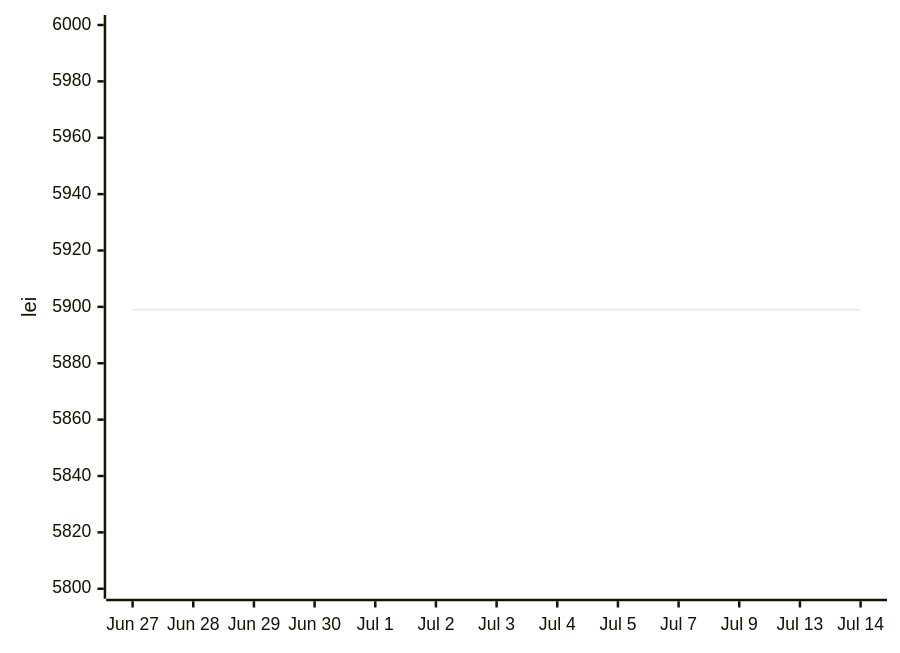
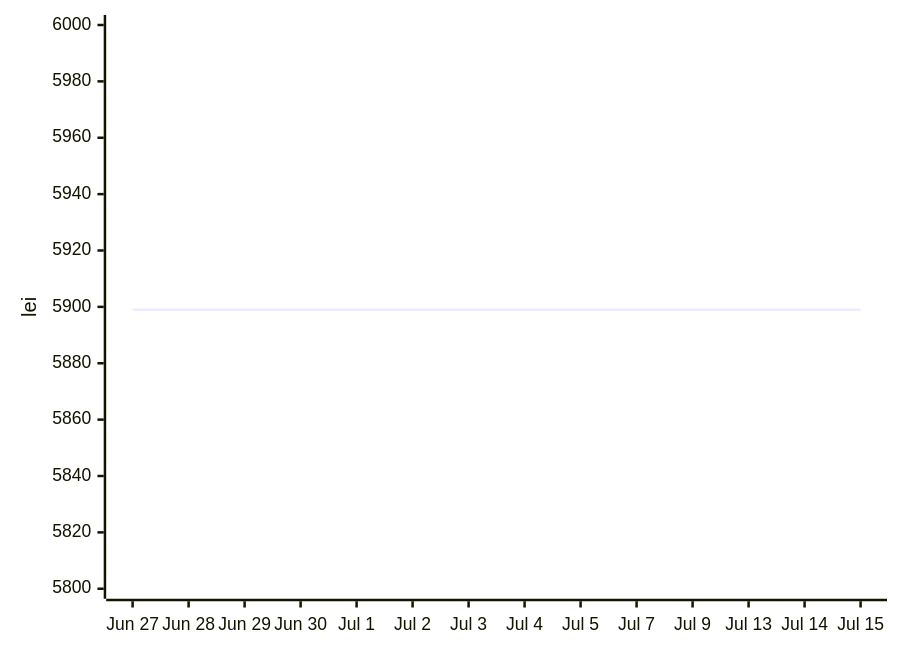
The second of 2 diagrams in README.md (anagheioan/laptop-price-monitor), drawn with Mermaid before and after one commit. The commit also changed other lines of this file and 1 other file, not shown here.

Commit message:
Price check 2026-07-15

````diff
--- a/README.md
+++ b/README.md
@@ -29,6 +29,6 @@
 ```mermaid
 xychart-beta
-    x-axis ["Jun 27", "Jun 28", "Jun 29", "Jun 30", "Jul 1", "Jul 2", "Jul 3", "Jul 4", "Jul 5", "Jul 7", "Jul 9", "Jul 13", "Jul 14"]
+    x-axis ["Jun 27", "Jun 28", "Jun 29", "Jun 30", "Jul 1", "Jul 2", "Jul 3", "Jul 4", "Jul 5", "Jul 7", "Jul 9", "Jul 13", "Jul 14", "Jul 15"]
     y-axis "lei" 5800 --> 6000
-    line [5899.0, 5899.0, 5899.0, 5899.0, 5899.0, 5899.0, 5899.0, 5899.0, 5899.0, 5899.0, 5899.0, 5899.0, 5899.0]
+    line [5899.0, 5899.0, 5899.0, 5899.0, 5899.0, 5899.0, 5899.0, 5899.0, 5899.0, 5899.0, 5899.0, 5899.0, 5899.0, 5899.0]
 ```
````
